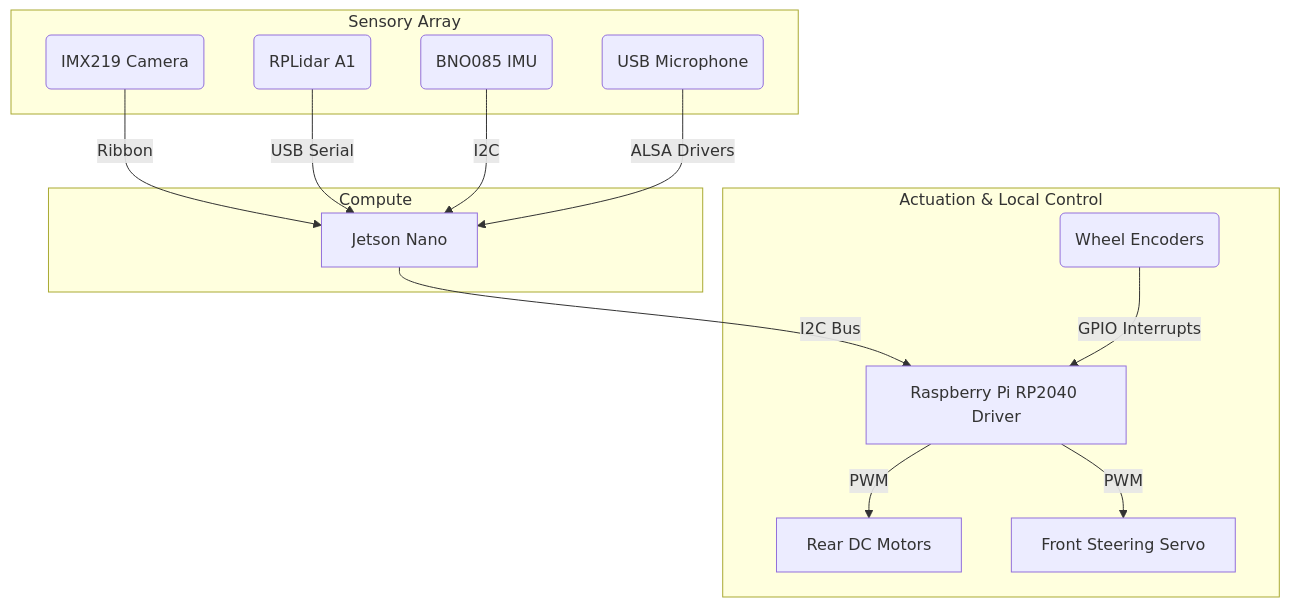
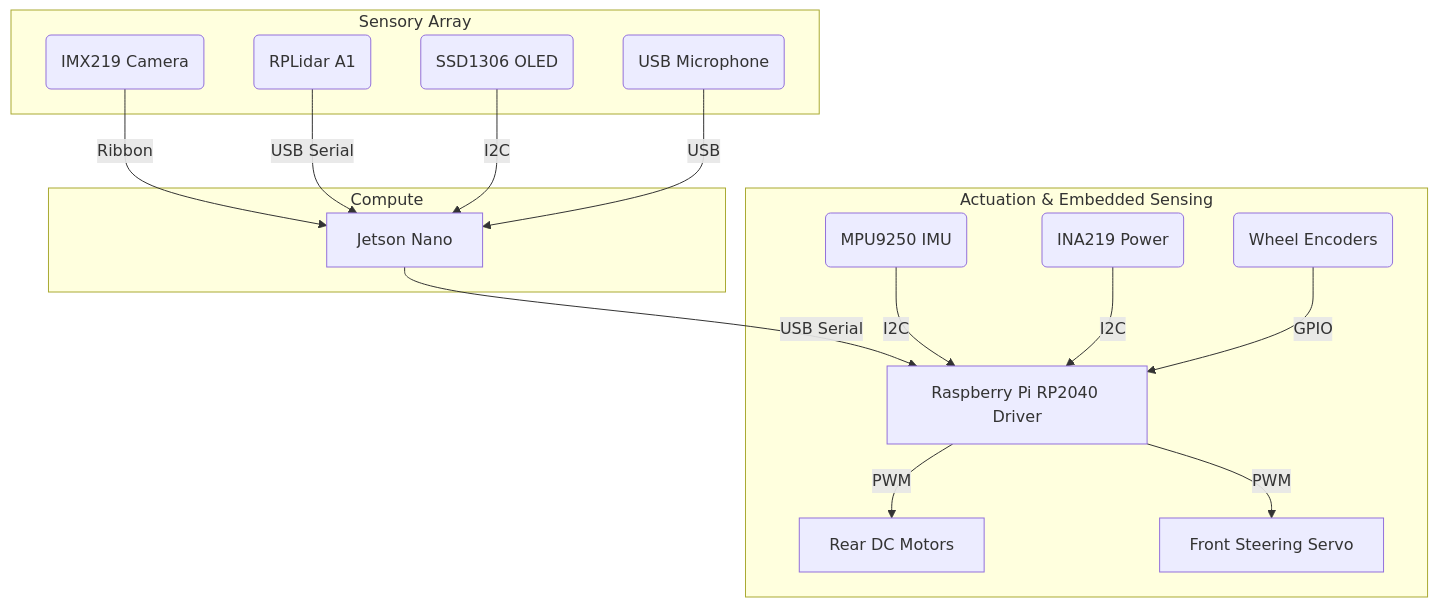
Before and after one commit to CagriCatik/JetRacer: the diagram in docs/02_Hardware_and_Assembly.md, drawn with Mermaid. The commit also changed other lines of this file and 29 other files, not shown here.

````diff
--- a/docs/02_Hardware_and_Assembly.md
+++ b/docs/02_Hardware_and_Assembly.md
@@ -21,20 +23,22 @@
 ```mermaid
 graph TD
     subgraph Compute
         NANO[Jetson Nano]
     end
 
     subgraph Sensory Array
         CSI(IMX219 Camera) -- Ribbon --> NANO
         LID(RPLidar A1) -- USB Serial --> NANO
-        IMU(BNO085 IMU) -- I2C --> NANO
-        MIC(USB Microphone) -- ALSA Drivers --> NANO
+        OLED(SSD1306 OLED) -- I2C --> NANO
+        MIC(USB Microphone) -- USB --> NANO
     end
 
-    subgraph Actuation & Local Control
-        NANO -- I2C Bus --> RP[Raspberry Pi RP2040 Driver]
-        ENC(Wheel Encoders) -- GPIO Interrupts --> RP
+    subgraph Actuation & Embedded Sensing
+        NANO -- USB Serial --> RP[Raspberry Pi RP2040 Driver]
+        IMU(MPU9250 IMU) -- I2C --> RP
+        INA(INA219 Power) -- I2C --> RP
+        ENC(Wheel Encoders) -- GPIO --> RP
         RP -- PWM --> MOTORS[Rear DC Motors]
         RP -- PWM --> SERVO[Front Steering Servo]
     end
 ```
````
